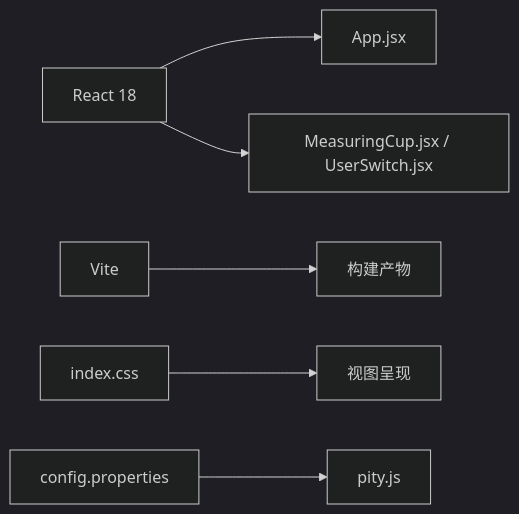
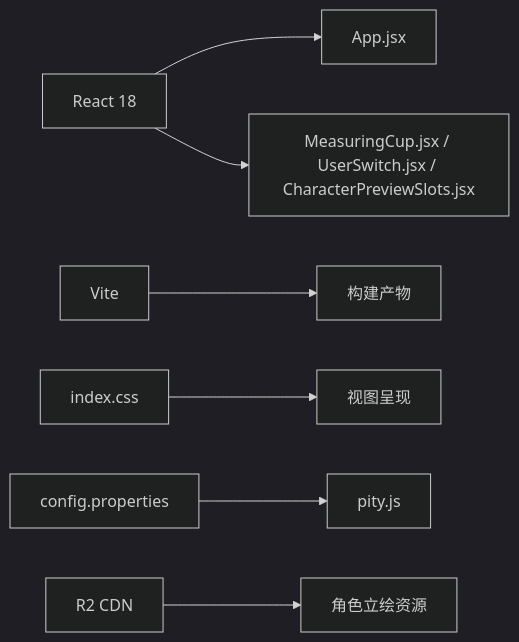
Before and after one commit to March7th-OvO/yuanshen: the seventh of 7 diagrams in .qoder/repowiki/zh/content/UI组件/UI组件.md, drawn with Mermaid (dark theme). The commit also changed other lines of this file and 5 other files, not shown here.

````diff
--- a/.qoder/repowiki/zh/content/UI组件/UI组件.md
+++ b/.qoder/repowiki/zh/content/UI组件/UI组件.md
@@ -260,8 +332,9 @@
 ```mermaid
 graph LR
 R["React 18"] --> App["App.jsx"]
-R --> Comp["MeasuringCup.jsx / UserSwitch.jsx"]
+R --> Comp["MeasuringCup.jsx / UserSwitch.jsx / CharacterPreviewSlots.jsx"]
 V["Vite"] --> Build["构建产物"]
 CSS["index.css"] --> View["视图呈现"]
 Conf["config.properties"] --> Logic["pity.js"]
+CDN["R2 CDN"] --> Preview["角色立绘资源"]
 ```
````
